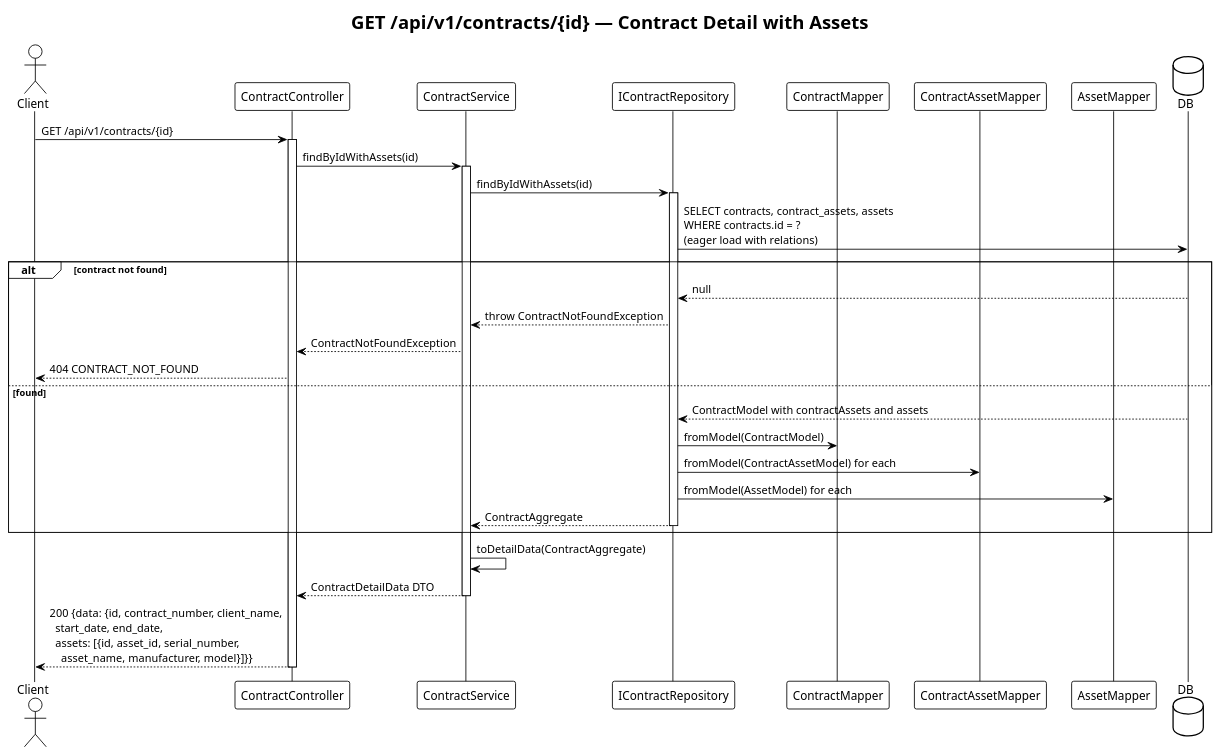
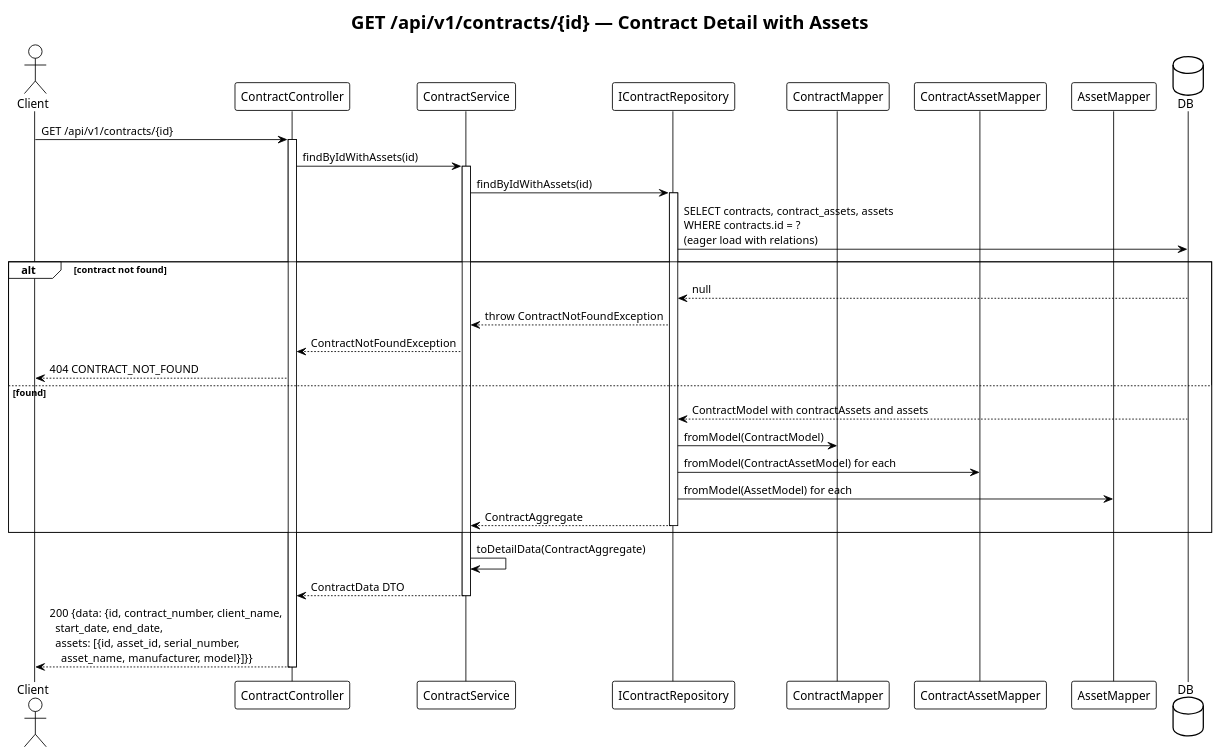
One commit to blumlill/asset-register changed the diagram in docs/sequences/get-contract-detail.puml. Above: the diagram before and after it, drawn with PlantUML. The commit also changed 39 other files, not shown here.

```diff
--- a/docs/sequences/get-contract-detail.puml
+++ b/docs/sequences/get-contract-detail.puml
@@ -1,42 +1,42 @@
 @startuml get-contract-detail
 !theme plain
 title GET /api/v1/contracts/{id} — Contract Detail with Assets
 
 actor Client
 participant "ContractController" as Controller
 participant "ContractService" as Service
 participant "IContractRepository" as IRepo
 participant "ContractMapper" as CMapper
 participant "ContractAssetMapper" as CAMapper
 participant "AssetMapper" as AMapper
 database DB
 
 Client -> Controller : GET /api/v1/contracts/{id}
 activate Controller
 Controller -> Service : findByIdWithAssets(id)
 activate Service
 Service -> IRepo : findByIdWithAssets(id)
 activate IRepo
 IRepo -> DB : SELECT contracts, contract_assets, assets\nWHERE contracts.id = ?\n(eager load with relations)
 
 alt contract not found
     DB --> IRepo : null
     IRepo --> Service : throw ContractNotFoundException
     Service --> Controller : ContractNotFoundException
     Controller --> Client : 404 CONTRACT_NOT_FOUND
 else found
     DB --> IRepo : ContractModel with contractAssets and assets
     IRepo -> CMapper : fromModel(ContractModel)
     IRepo -> CAMapper : fromModel(ContractAssetModel) for each
     IRepo -> AMapper : fromModel(AssetModel) for each
     IRepo --> Service : ContractAggregate
     deactivate IRepo
 end
 
 Service -> Service : toDetailData(ContractAggregate)
-Service --> Controller : ContractDetailData DTO
+Service --> Controller : ContractData DTO
 deactivate Service
 
 Controller --> Client : 200 {data: {id, contract_number, client_name,\n  start_date, end_date,\n  assets: [{id, asset_id, serial_number,\n    asset_name, manufacturer, model}]}}
 deactivate Controller
 @enduml
```
